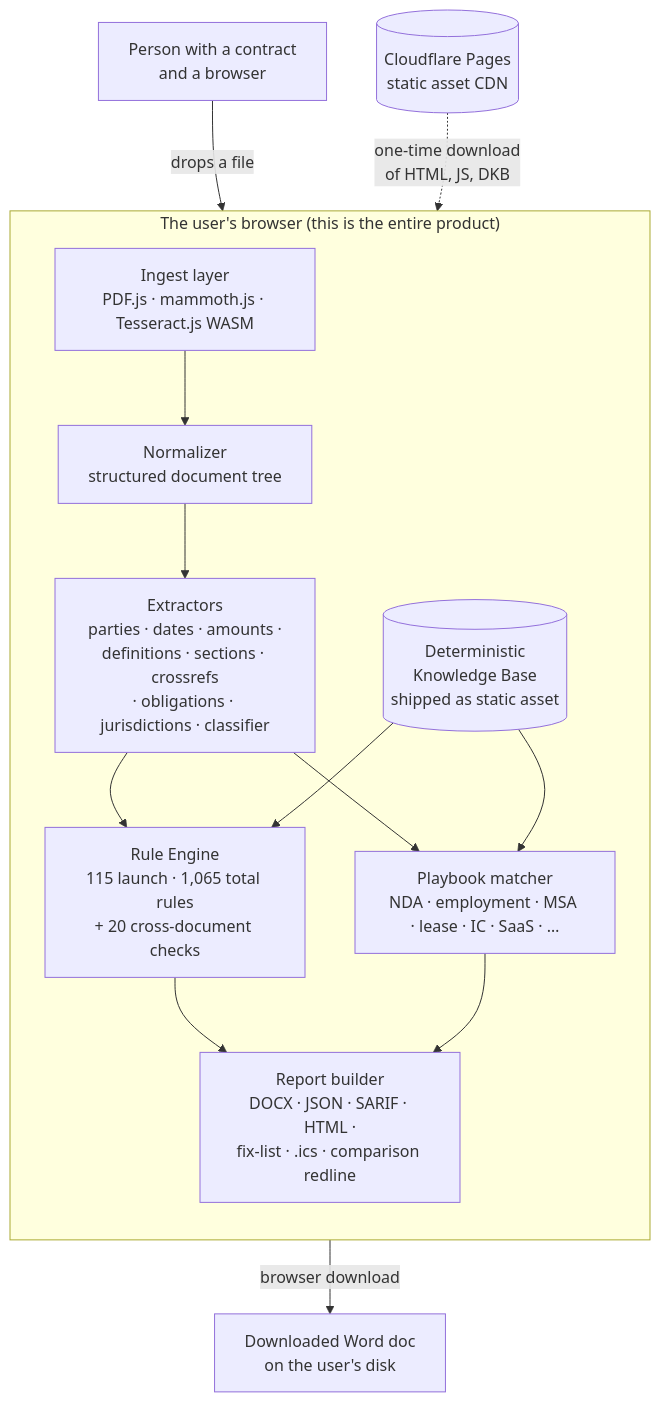
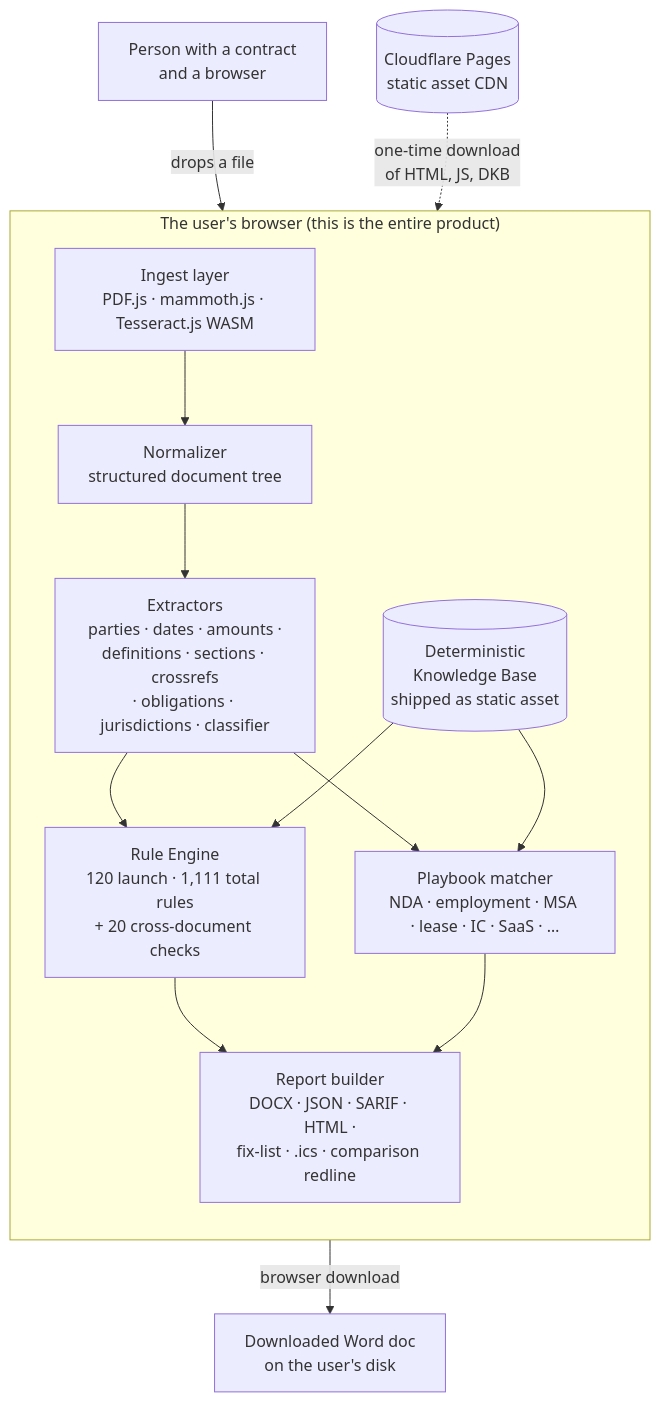
The diagram in docs/architecture.md (clay-good/vaulytica), drawn with Mermaid before and after one commit. The commit also changed 2 other files, not shown here.

Commit message:
docs: correct the drifted rule counts in the architecture diagram
Same drift the README carried: the architecture diagram still said "115
launch · 1,065 total rules" against a live 120 / 1,111, and the v5 methodology
note still described a "1,065-rule catalog". The cross-document figure (20)
was already correct.

Both files are now covered by the rule-count drift guard, which also pins the
cross-document count to ALL_CONSISTENCY_RULES so that figure cannot drift
either. Left alone: docs/bundle-splitting.md's "1,065 KB" is a size budget
that merely shares the digits.

````diff
--- a/docs/architecture.md
+++ b/docs/architecture.md
@@ -5,28 +5,28 @@
 ```mermaid
 flowchart TB
     user[Person with a contract<br/>and a browser]
 
     subgraph browser["The user's browser (this is the entire product)"]
         direction TB
         ingest[Ingest layer<br/>PDF.js · mammoth.js · Tesseract.js WASM]
         normalize[Normalizer<br/>structured document tree]
         extract[Extractors<br/>parties · dates · amounts ·<br/>definitions · sections · crossrefs<br/>· obligations · jurisdictions · classifier]
-        engine[Rule Engine<br/>115 launch · 1,065 total rules<br/>+ 20 cross-document checks]
+        engine[Rule Engine<br/>120 launch · 1,111 total rules<br/>+ 20 cross-document checks]
         playbook[Playbook matcher<br/>NDA · employment · MSA · lease · IC · SaaS · …]
         dkb[(Deterministic<br/>Knowledge Base<br/>shipped as static asset)]
         report[Report builder<br/>DOCX · JSON · SARIF · HTML ·<br/>fix-list · .ics · comparison redline]
     end
 
     cdn[(Cloudflare Pages<br/>static asset CDN)]
     download[Downloaded Word doc<br/>on the user's disk]
 
     user -- "drops a file" --> ingest
     cdn -. "one-time download<br/>of HTML, JS, DKB" .-> browser
     ingest --> normalize --> extract --> engine
     extract --> playbook
     dkb --> engine
     dkb --> playbook
     engine --> report
     playbook --> report
     report -- "browser download" --> download
 ```
````
